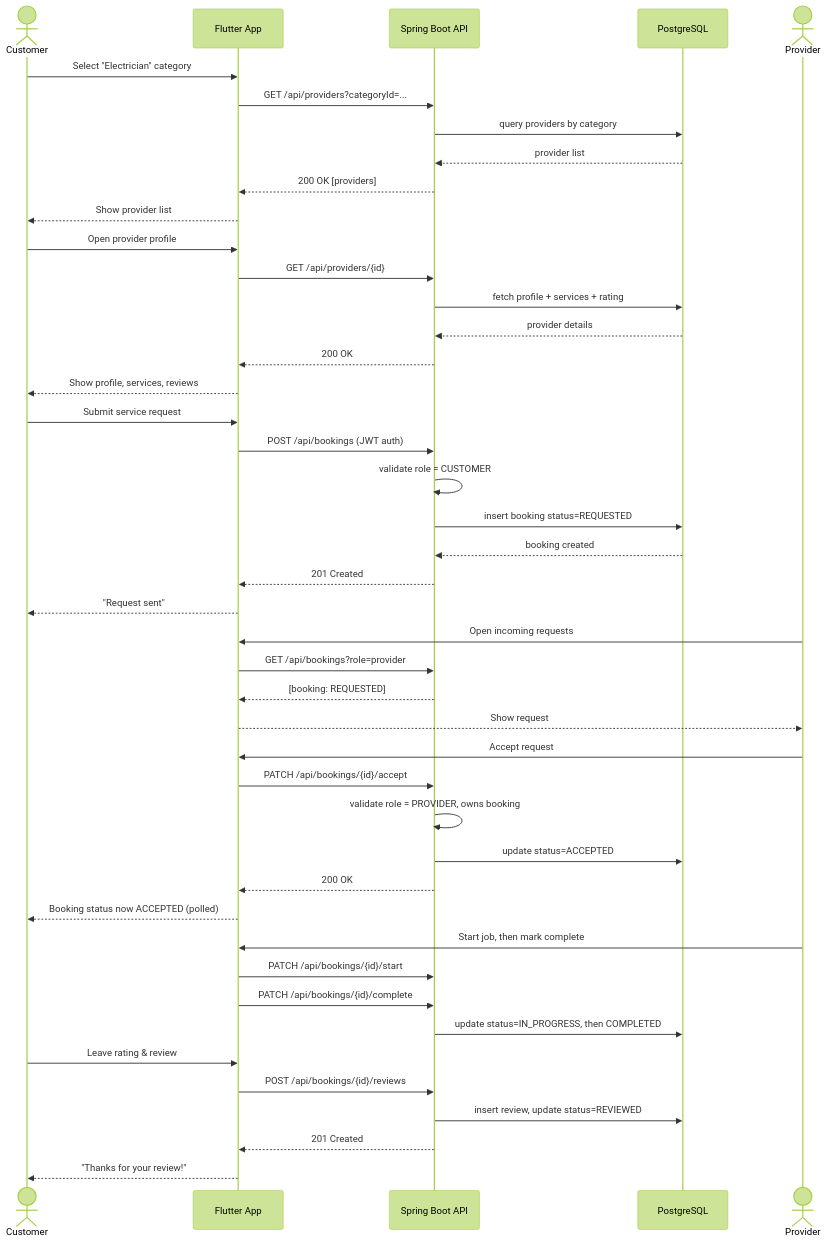
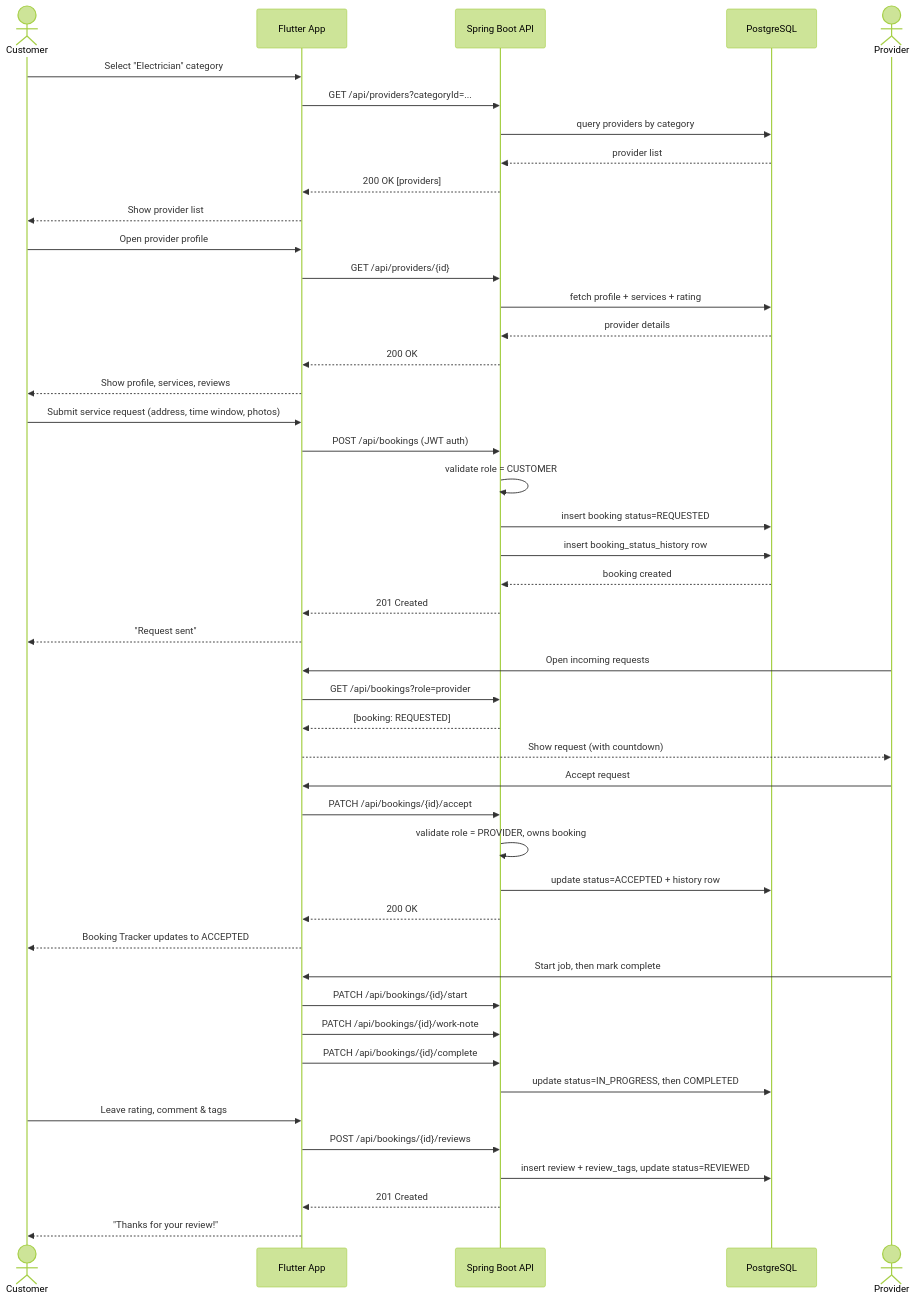
Before and after one commit to Mr-Olivier/Fasha: the third of 6 diagrams in README.md, drawn with Mermaid (forest theme). The commit also changed other lines of this file, not shown here.

Commit message:
docs: rewrite README with full architecture, security, and chat diagrams

````diff
--- a/README.md
+++ b/README.md
@@ -194,53 +223,55 @@
 ```mermaid
 sequenceDiagram
     actor C as Customer
     participant App as Flutter App
     participant API as Spring Boot API
     participant DB as PostgreSQL
     actor P as Provider
 
     C->>App: Select "Electrician" category
     App->>API: GET /api/providers?categoryId=...
     API->>DB: query providers by category
     DB-->>API: provider list
     API-->>App: 200 OK [providers]
     App-->>C: Show provider list
 
     C->>App: Open provider profile
     App->>API: GET /api/providers/{id}
     API->>DB: fetch profile + services + rating
     DB-->>API: provider details
     API-->>App: 200 OK
     App-->>C: Show profile, services, reviews
 
-    C->>App: Submit service request
+    C->>App: Submit service request (address, time window, photos)
     App->>API: POST /api/bookings (JWT auth)
     API->>API: validate role = CUSTOMER
     API->>DB: insert booking status=REQUESTED
+    API->>DB: insert booking_status_history row
     DB-->>API: booking created
     API-->>App: 201 Created
     App-->>C: "Request sent"
 
     P->>App: Open incoming requests
     App->>API: GET /api/bookings?role=provider
     API-->>App: [booking: REQUESTED]
-    App-->>P: Show request
+    App-->>P: Show request (with countdown)
 
     P->>App: Accept request
     App->>API: PATCH /api/bookings/{id}/accept
     API->>API: validate role = PROVIDER, owns booking
-    API->>DB: update status=ACCEPTED
+    API->>DB: update status=ACCEPTED + history row
     API-->>App: 200 OK
-    App-->>C: Booking status now ACCEPTED (polled)
+    App-->>C: Booking Tracker updates to ACCEPTED
 
     P->>App: Start job, then mark complete
     App->>API: PATCH /api/bookings/{id}/start
+    App->>API: PATCH /api/bookings/{id}/work-note
     App->>API: PATCH /api/bookings/{id}/complete
     API->>DB: update status=IN_PROGRESS, then COMPLETED
 
-    C->>App: Leave rating & review
+    C->>App: Leave rating, comment & tags
     App->>API: POST /api/bookings/{id}/reviews
-    API->>DB: insert review, update status=REVIEWED
+    API->>DB: insert review + review_tags, update status=REVIEWED
     API-->>App: 201 Created
     App-->>C: "Thanks for your review!"
 ```
````
